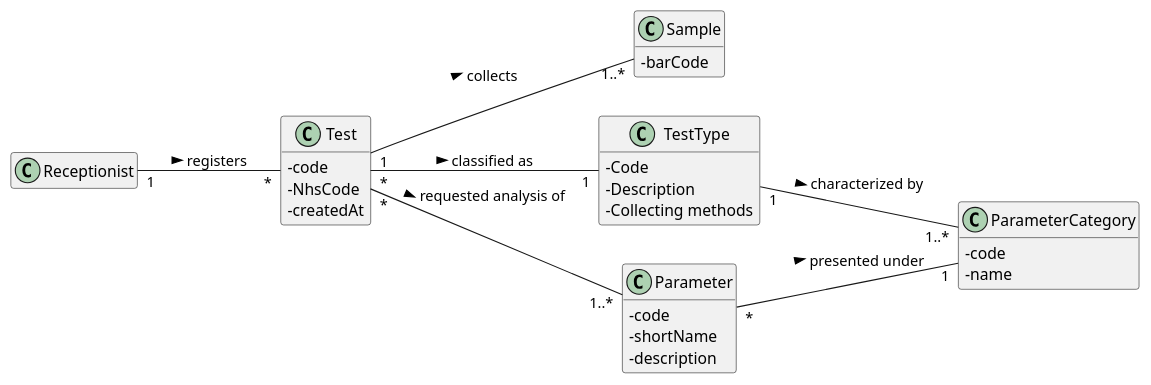
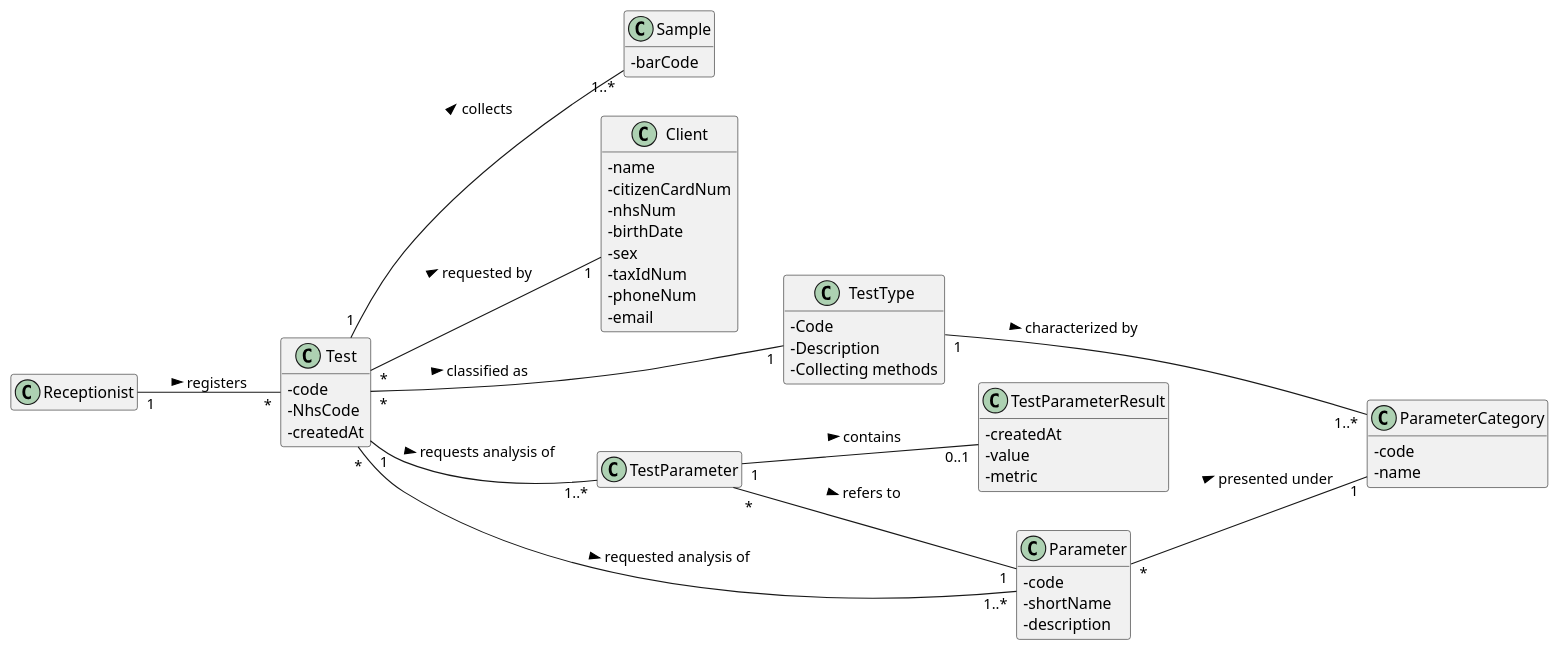
The diagram in docs/SprintC/US_4/US4_DM.puml (ana-albergaria/LAPR2-ISEP), drawn with PlantUML before and after one commit. The commit also changed 8 other files, not shown here.

Commit message:
changing test object to contain a testParameter object instead only a parameter list objects

```diff
--- a/docs/SprintC/US_4/US4_DM.puml
+++ b/docs/SprintC/US_4/US4_DM.puml
@@ -1,43 +1,63 @@
 @startuml
 
 left to right direction
 skinparam classAttributeIconSize 0
 hide empty methods
 hide empty attributes
 
 class Test{
 - code
 - NhsCode
 - createdAt
 }
 
 class ParameterCategory{
   -code
   -name
 }
 
 class Receptionist{}
 
 class Sample{
 - barCode
 }
 
+class Client{
+- name
+- citizenCardNum
+- nhsNum
+- birthDate
+- sex
+- taxIdNum
+- phoneNum
+- email
+}
+class TestParameter{}
+class TestParameterResult{
+- createdAt
+- value
+- metric
+}
 class TestType{
 - Code
 - Description
 - Collecting methods
 }
 
 class Parameter{
 - code
 - shortName
 - description
 }
 
 Test "*" -- "1" TestType : classified as >
+Test "*" -- "1" Client : requested by >
 Test "*" -- "1..*" Parameter : requested analysis of >
 Receptionist "1" -- "*" Test : registers >
 Parameter "*" -- "1" ParameterCategory: presented under >
 TestType "1" -- "1..*" ParameterCategory : characterized by >
 Test "1" -- "1..*" Sample : collects >
+Test "1" -- "1..*" TestParameter : requests analysis of >
+TestParameter "*" -- "1" Parameter : refers to >
+TestParameter "1" -- "0..1" TestParameterResult : contains >
 @enduml
```
